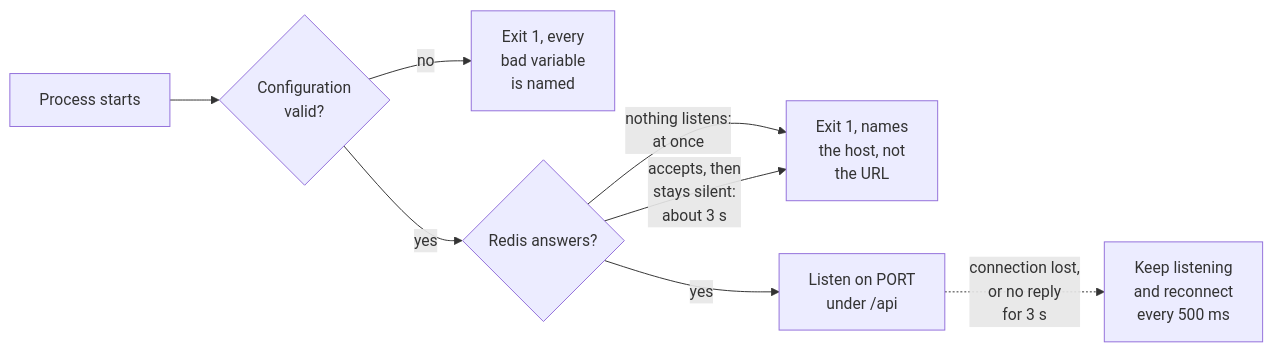
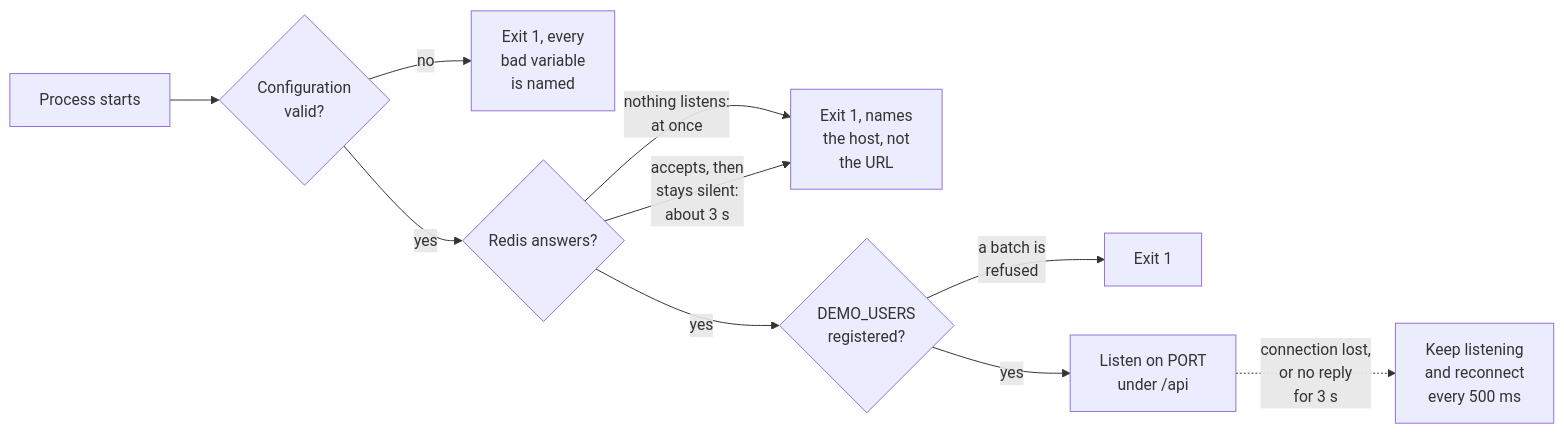
Before and after one commit to M4xP4s/bouncer-dashboard: the diagram in docs/specs/platform.md, drawn with Mermaid. The commit also changed other lines of this file and 61 other files, not shown here.

First line of the commit message:
User registry: users in Redis, server-side paged list and seed command (#16)

````diff
--- a/docs/specs/platform.md
+++ b/docs/specs/platform.md
@@ -70,10 +96,12 @@
 ```mermaid
 flowchart LR
     Start["Process starts"] --> Config{"Configuration<br/>valid?"}
     Config -->|no| BadConfig["Exit 1, every<br/>bad variable<br/>is named"]
     Config -->|yes| Redis{"Redis answers?"}
     Redis -->|"nothing listens:<br/>at once"| NoRedis["Exit 1, names<br/>the host, not<br/>the URL"]
     Redis -->|"accepts, then<br/>stays silent:<br/>about 3 s"| NoRedis
-    Redis -->|yes| Listen["Listen on PORT<br/>under /api"]
+    Redis -->|yes| Register{"DEMO_USERS<br/>registered?"}
+    Register -->|"a batch is<br/>refused"| Refused["Exit 1"]
+    Register -->|yes| Listen["Listen on PORT<br/>under /api"]
     Listen -.->|"connection lost,<br/>or no reply<br/>for 3 s"| Retry["Keep listening<br/>and reconnect<br/>every 500 ms"]
 ```
````
